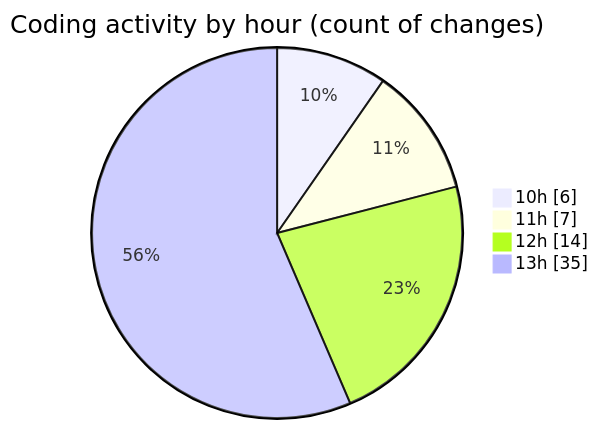
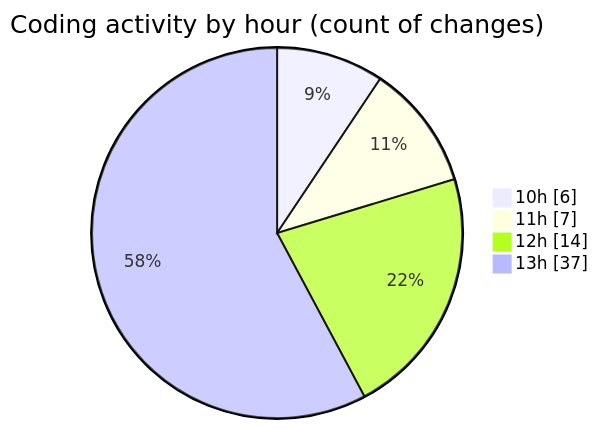
One commit to momahboobian/code-tracking changed the second of 2 diagrams in 2025-06-23/cda/README.md. Above: the diagram before and after it, drawn with Mermaid. The commit also changed other lines of this file and 1 other file, not shown here.

````diff
--- a/2025-06-23/cda/README.md
+++ b/2025-06-23/cda/README.md
@@ -36,8 +36,8 @@
 ```mermaid
 pie showData
 title Coding activity by hour (count of changes)
 "10h" : 6
 "11h" : 7
 "12h" : 14
-"13h" : 35
+"13h" : 37
 ```
````
